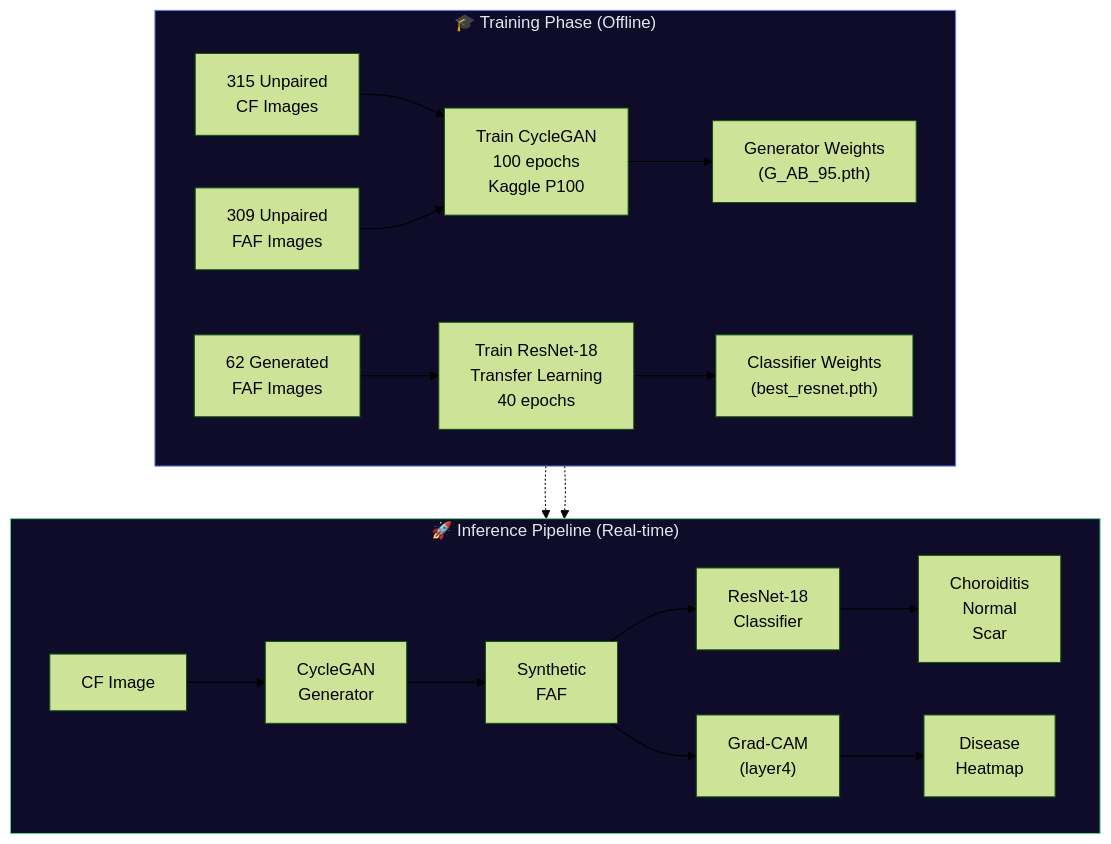
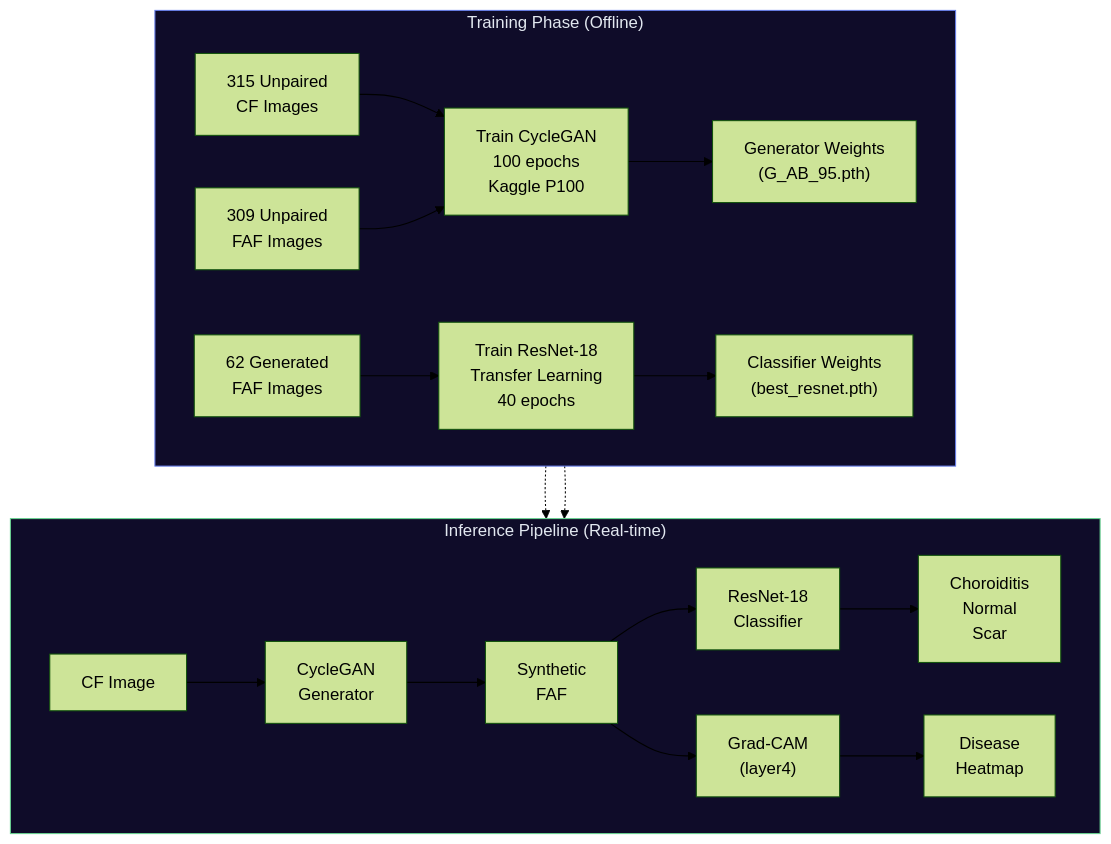
One commit to AshutoshBhate/RetinalAI changed the second of 2 diagrams in README.md. Above: the diagram before and after it, drawn with Mermaid (forest theme). The commit also changed other lines of this file, not shown here.

````diff
--- a/README.md
+++ b/README.md
@@ -77,27 +77,27 @@
 ```mermaid
 flowchart TB
-    subgraph TRAIN["🎓 Training Phase (Offline)"]
+    subgraph TRAIN["Training Phase (Offline)"]
         direction LR
         CF_DATA["315 Unpaired\nCF Images"] --> CYCLEGAN_TRAIN["Train CycleGAN\n100 epochs\nKaggle P100"]
         FAF_DATA["309 Unpaired\nFAF Images"] --> CYCLEGAN_TRAIN
         CYCLEGAN_TRAIN --> WEIGHTS_CG["Generator Weights\n(G_AB_95.pth)"]
 
         GEN_FAF["62 Generated\nFAF Images"] --> RESNET_TRAIN["Train ResNet-18\nTransfer Learning\n40 epochs"]
         RESNET_TRAIN --> WEIGHTS_RN["Classifier Weights\n(best_resnet.pth)"]
     end
 
-    subgraph INFER["🚀 Inference Pipeline (Real-time)"]
+    subgraph INFER["Inference Pipeline (Real-time)"]
         direction LR
         INPUT["CF Image"] --> GEN["CycleGAN\nGenerator"] --> FAF_OUT["Synthetic\nFAF"]
         FAF_OUT --> CLASS["ResNet-18\nClassifier"]
         CLASS --> PRED["Choroiditis\nNormal\nScar"]
         FAF_OUT --> GCAM["Grad-CAM\n(layer4)"]
         GCAM --> HEAT["Disease\nHeatmap"]
     end
 
     WEIGHTS_CG -.-> GEN
     WEIGHTS_RN -.-> CLASS
 
     style TRAIN fill:#0f0c29,stroke:#667eea,color:#e2e8f0
     style INFER fill:#0f0c29,stroke:#68d391,color:#e2e8f0
 ```
````
